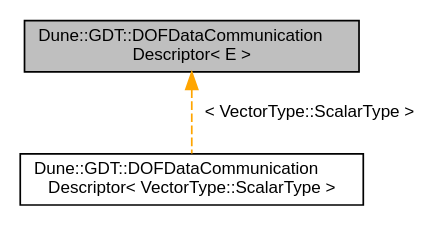
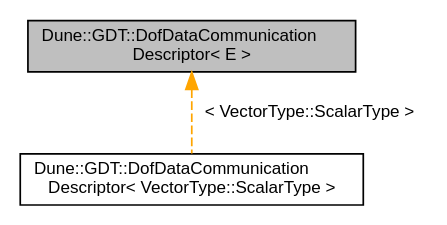
One commit to dune-community/dune-community.github.io changed the diagram in docs/dune-gdt/master/a02816.dot. Above: the diagram before and after it, drawn with Graphviz. The commit also changed 148 other files, not shown here.

Commit message:
Updated documentation for dune-gdt master

```diff
--- a/docs/dune-gdt/master/a02816.dot
+++ b/docs/dune-gdt/master/a02816.dot
@@ -1,8 +1,8 @@
-digraph "Dune::GDT::DOFDataCommunicationDescriptor&lt; E &gt;"
+digraph "Dune::GDT::DofDataCommunicationDescriptor&lt; E &gt;"
 {
   edge [fontname="Helvetica",fontsize="10",labelfontname="Helvetica",labelfontsize="10"];
   node [fontname="Helvetica",fontsize="10",shape=record];
-  Node0 [label="Dune::GDT::DOFDataCommunication\lDescriptor\< E \>",height=0.2,width=0.4,color="black", fillcolor="grey75", style="filled", fontcolor="black"];
+  Node0 [label="Dune::GDT::DofDataCommunication\lDescriptor\< E \>",height=0.2,width=0.4,color="black", fillcolor="grey75", style="filled", fontcolor="black"];
   Node0 -> Node1 [dir="back",color="orange",fontsize="10",style="dashed",label=" \< VectorType::ScalarType \>" ,fontname="Helvetica"];
-  Node1 [label="Dune::GDT::DOFDataCommunication\lDescriptor\< VectorType::ScalarType \>",height=0.2,width=0.4,color="black", fillcolor="white", style="filled",URL="$a02817.html"];
+  Node1 [label="Dune::GDT::DofDataCommunication\lDescriptor\< VectorType::ScalarType \>",height=0.2,width=0.4,color="black", fillcolor="white", style="filled",URL="$a02817.html"];
 }
```
